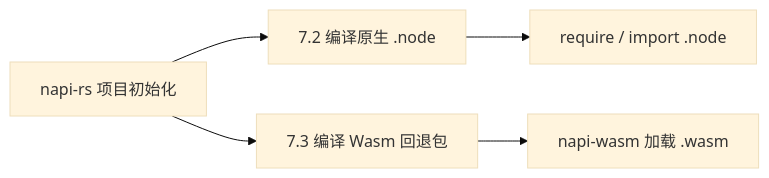
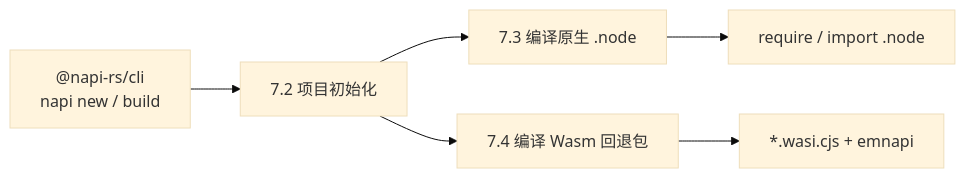
The fifth of 5 diagrams in blog/wasm-fundamentals.md (shenjunjian/wasm-road-blog), drawn with Mermaid (base theme) before and after one commit. The commit also changed other lines of this file and 29 other files, not shown here.

````diff
--- a/blog/wasm-fundamentals.md
+++ b/blog/wasm-fundamentals.md
@@ -2547,7 +2571,8 @@
 ```mermaid
 flowchart LR
-    init[napi-rs 项目初始化] --> native[7.2 编译原生 .node]
-    init --> wasmFallback[7.3 编译 Wasm 回退包]
+    cli["@napi-rs/cli\nnapi new / build"] --> init[7.2 项目初始化]
+    init --> native[7.3 编译原生 .node]
+    init --> wasmFallback[7.4 编译 Wasm 回退包]
     native --> requireNode["require / import .node"]
-    wasmFallback --> napiWasm["napi-wasm 加载 .wasm"]
+    wasmFallback --> wasiLoader["*.wasi.cjs + emnapi"]
 ```
````
